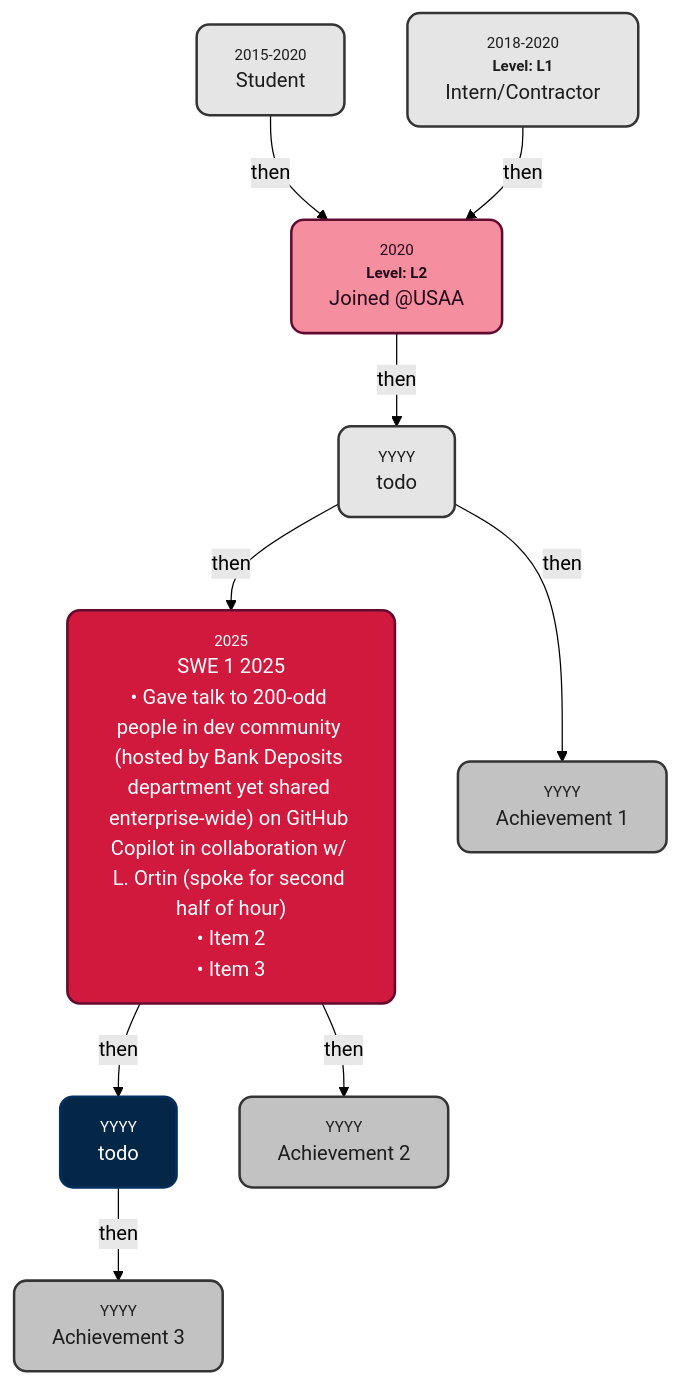
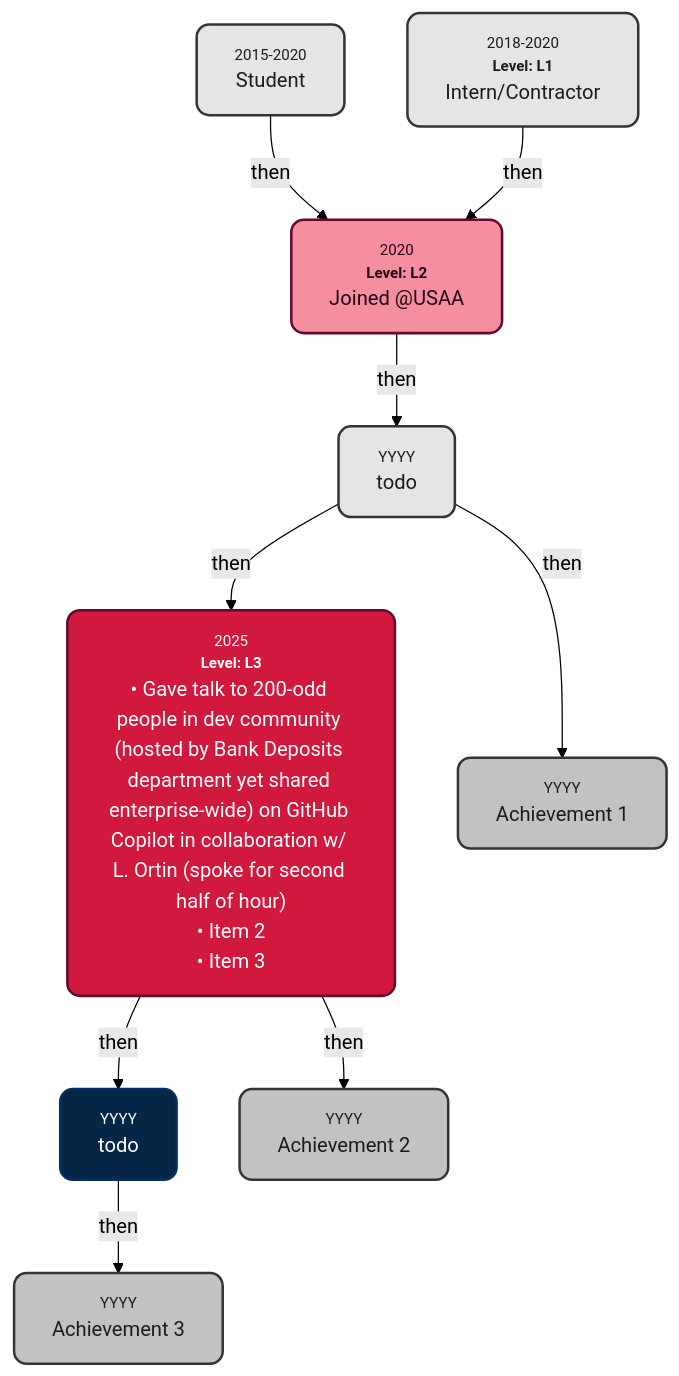
The diagram in README.md (s-sepanski/portfolio), drawn with Mermaid (forest theme) before and after one commit.

Commit message:
wip: node content

````diff
--- a/README.md
+++ b/README.md
@@ -25,22 +25,22 @@
 ```mermaid
 graph TD
     PreStudentNode["<div style='font-size:75%;  color:#848484; text-align:center;'>2015-2020</div>Student"] -->|then| A["<div style='font-size:75%; color:#848484; text-align:center;'>2020</div><div style='font-size:75%; color:#848484; text-align:center;'><b>Level: L2</b><br/></div>Joined @USAA<br>"]
     ContractorNode["<div style='font-size:75%; color:#848484; text-align:center;'>2018-2020</div><div style='font-size:75%; color:#848484; text-align:center;'><b>Level: L1</b></div>Intern/Contractor"] -->|then| A
     A -->|then| B["<div style='font-size:75%; color:#848484; text-align:center;'>YYYY</div>todo"]
-    B -->|then| C["<div style='font-size:75%; color:#848484; text-align:center;'>2025</div>SWE 1 2025<br>• Gave talk to 200-odd people in dev community (hosted by Bank Deposits department yet shared enterprise-wide) on GitHub Copilot in collaboration w/ L. Ortin (spoke for second half of hour)<br>• Item 2<br>• Item 3"]
+    B -->|then| C["<div style='font-size:75%; color:#848484; text-align:center;'>2025</div><div style='font-size:75%; color:#848484; text-align:center;'><b>Level: L3</b><br/></div><SWE 1 2025<br>• Gave talk to 200-odd people in dev community (hosted by Bank Deposits department yet shared enterprise-wide) on GitHub Copilot in collaboration w/ L. Ortin (spoke for second half of hour)<br>• Item 2<br>• Item 3"]
     C -->|then| D["<div style='font-size:75%; color:#848484; text-align:center;'>YYYY</div>todo"]
     B -->|then| E["<div style='font-size:75%; color:#848484; text-align:center;'>YYYY</div>Achievement 1"]
     C -->|then| F["<div style='font-size:75%; color:#848484; text-align:center;'>YYYY</div>Achievement 2"]
     D -->|then| G["<div style='font-size:75%; color:#848484; text-align:center;'>YYYY</div>Achievement 3"]
     style PreStudentNode fill:#e5e5e5,stroke:#343434,stroke-width:2px,color:#1c1c1c
     style ContractorNode fill:#e5e5e5,stroke:#343434,stroke-width:2px,color:#1c1c1c
     style A fill:#f58e9f,stroke:#610b2f,stroke-width:2px,color:#230519
     style B fill:#e5e5e5,stroke:#343434,stroke-width:2px,color:#1c1c1c
     style C fill:#d1193e,stroke:#610b2f,stroke-width:2px,color:#FFFFFF
     style D fill:#042748,stroke:#042e5c,stroke-width:2px,color:#FFFFFF
     style E fill:#c2c2c2,stroke:#343434,stroke-width:2px,color:#1c1c1c
     style F fill:#c2c2c2,stroke:#343434,stroke-width:2px,color:#1c1c1c
     style G fill:#c2c2c2,stroke:#343434,stroke-width:2px,color:#1c1c1c
     classDef rounded stroke-width:2px,rx:10,ry:10;
     class PreStudentNode,ContractorNode,A,B,C,D,E,F,G rounded;
 ```
````
